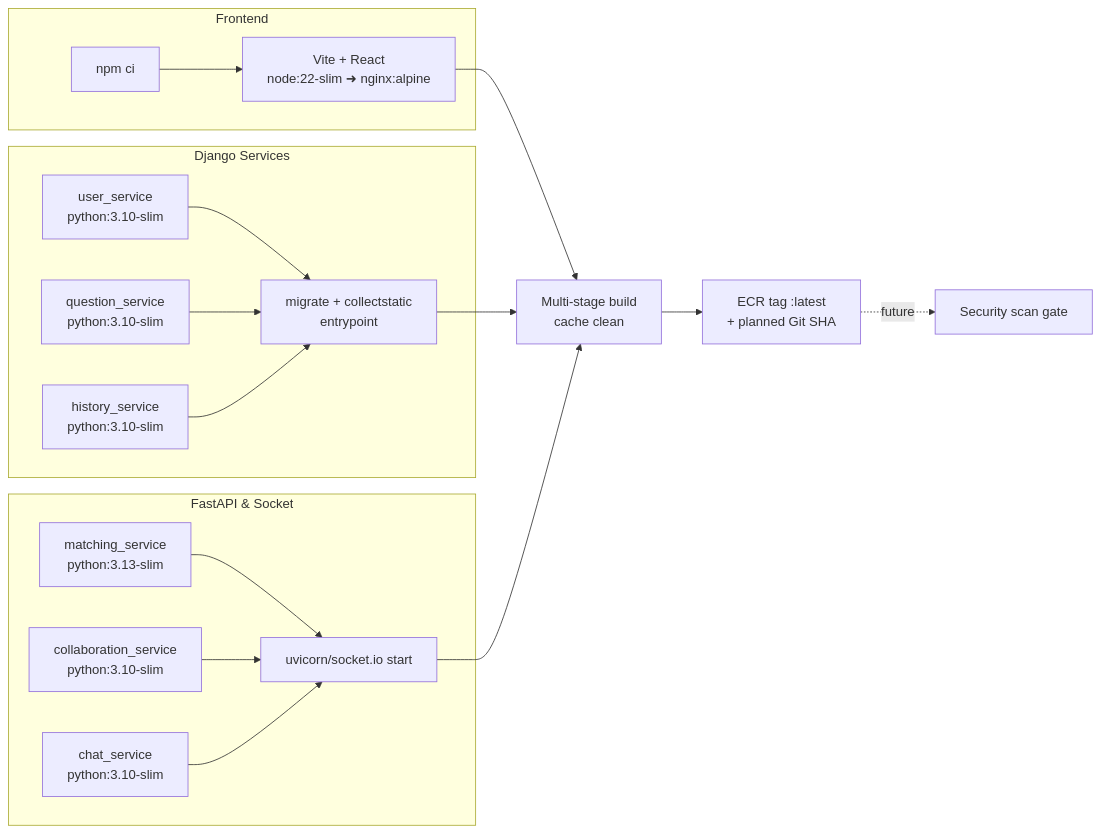
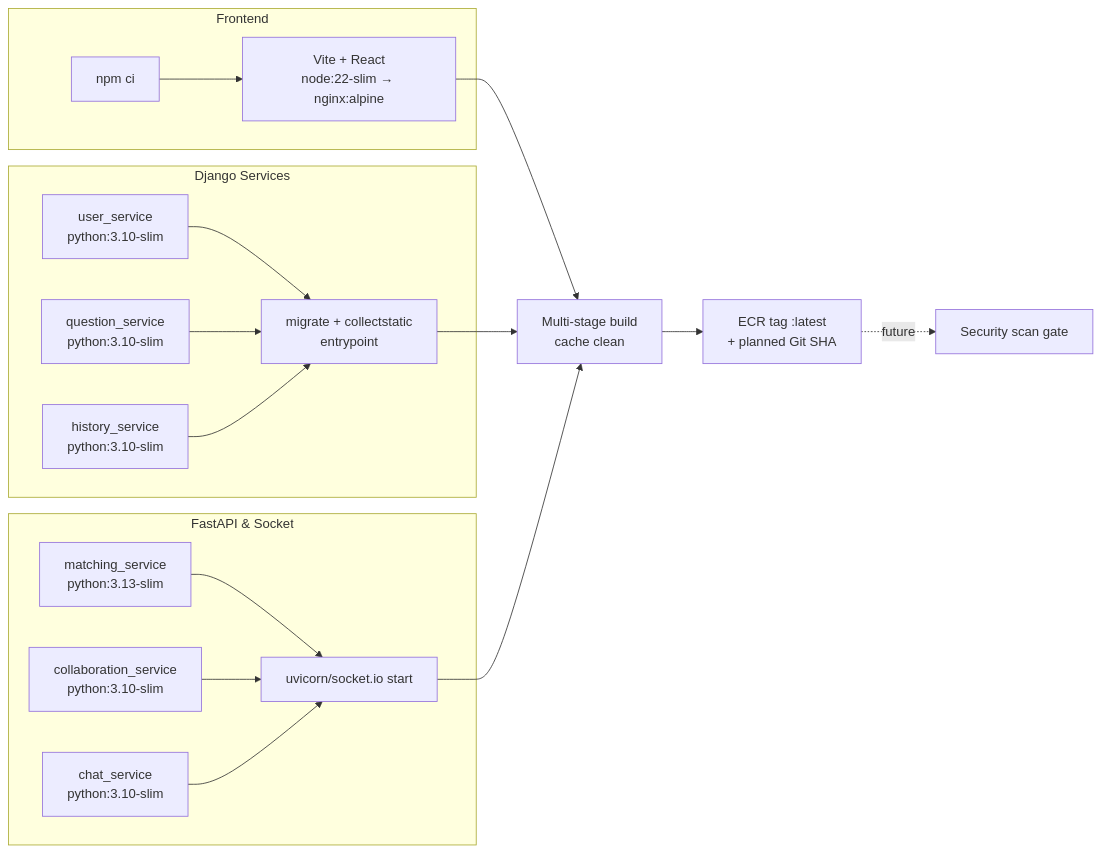
The fourth of 8 diagrams in docs/p1_deploy.md (JoanneHing/cs3219-ay2526s1-project-g19), drawn with Mermaid before and after one commit. The commit also changed other lines of this file, not shown here.

````diff
--- a/docs/p1_deploy.md
+++ b/docs/p1_deploy.md
@@ -109,27 +115,33 @@
 ```mermaid
 graph LR
-  subgraph Frontend
-    FEStack[Vite + React<br/>node:22-slim ➜ nginx:alpine]
-    npmci[npm ci]
+  subgraph FrontendStack["Frontend"]
+    FEStack["Vite + React<br/>node:22-slim → nginx:alpine"]
+    npmci["npm ci"]
   end
 
-  subgraph Django Services
-    UserSvc[user_service<br/>python:3.10-slim]
-    QuestionSvc[question_service<br/>python:3.10-slim]
-    HistorySvc[history_service<br/>python:3.10-slim]
-    DjangoEntrypoint[migrate + collectstatic<br/>entrypoint]
+  subgraph DjangoServices["Django Services"]
+    UserSvc["user_service<br/>python:3.10-slim"]
+    QuestionSvc["question_service<br/>python:3.10-slim"]
+    HistorySvc["history_service<br/>python:3.10-slim"]
+    DjangoEntrypoint["migrate + collectstatic<br/>entrypoint"]
   end
 
-  subgraph FastAPI & Socket
-    MatchingSvc[matching_service<br/>python:3.13-slim]
-    CollabSvc[collaboration_service<br/>python:3.10-slim]
-    ChatSvc[chat_service<br/>python:3.10-slim]
-    FastAPIEntrypoint[uvicorn/socket.io start]
+  subgraph FastAPISocket["FastAPI & Socket"]
+    MatchingSvc["matching_service<br/>python:3.13-slim"]
+    CollabSvc["collaboration_service<br/>python:3.10-slim"]
+    ChatSvc["chat_service<br/>python:3.10-slim"]
+    FastAPIEntrypoint["uvicorn/socket.io start"]
   end
 
-  npmci --> FEStack --> ImageBuild[Multi-stage build<br/>cache clean]
-  UserSvc & QuestionSvc & HistorySvc --> DjangoEntrypoint --> ImageBuild
-  MatchingSvc & CollabSvc & ChatSvc --> FastAPIEntrypoint --> ImageBuild
-  ImageBuild --> ECRTag[ECR tag :latest<br/>+ planned Git SHA]
-  ECRTag -. future .-> Trivy[Security scan gate]
+  npmci --> FEStack --> ImageBuild["Multi-stage build<br/>cache clean"]
+  UserSvc --> DjangoEntrypoint
+  QuestionSvc --> DjangoEntrypoint
+  HistorySvc --> DjangoEntrypoint
+  DjangoEntrypoint --> ImageBuild
+  MatchingSvc --> FastAPIEntrypoint
+  CollabSvc --> FastAPIEntrypoint
+  ChatSvc --> FastAPIEntrypoint
+  FastAPIEntrypoint --> ImageBuild
+  ImageBuild --> ECRTag["ECR tag :latest<br/>+ planned Git SHA"]
+  ECRTag -. future .-> Trivy["Security scan gate"]
 ```
````
